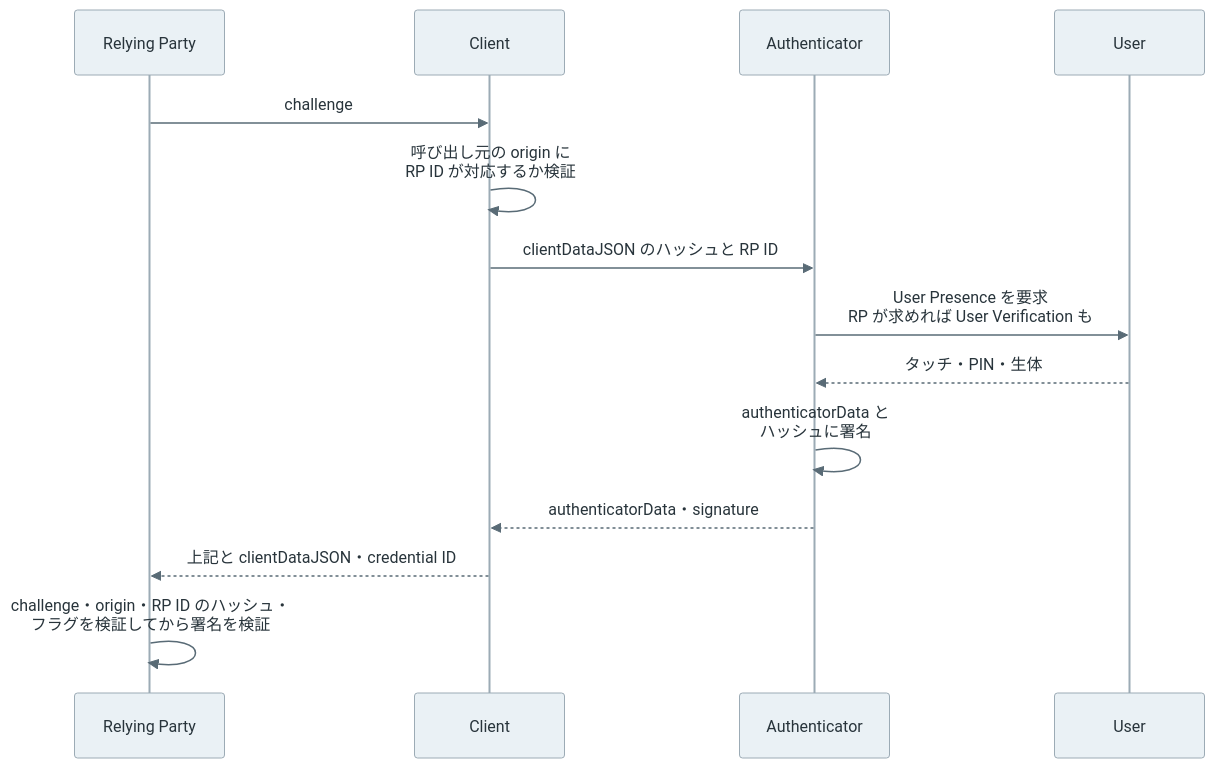
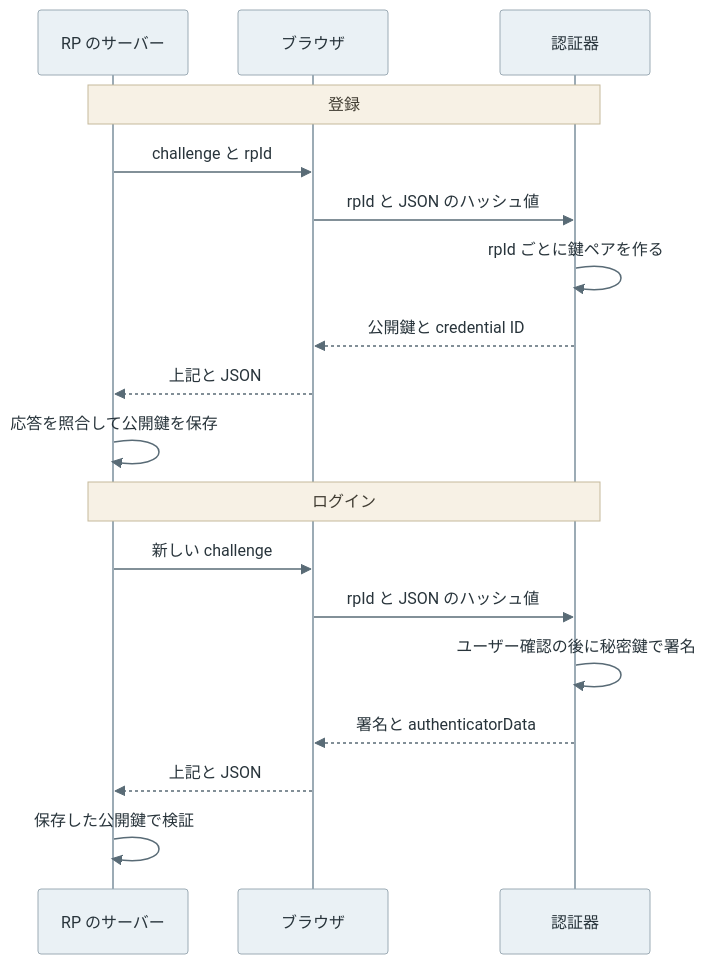
One commit to nao1215/debimate changed the diagram in content/notes/security/passkey/index.md. Above: the diagram before and after it, drawn with Mermaid. The commit also changed other lines of this file and 17 other files, not shown here.

````diff
--- a/content/notes/security/passkey/index.md
+++ b/content/notes/security/passkey/index.md
@@ -141,17 +48,21 @@
 ```mermaid
 %%{init: {"theme":"base","themeVariables":{"primaryColor":"#eaf1f5","primaryTextColor":"#28343b","primaryBorderColor":"#9cabb5","lineColor":"#596b76","textColor":"#28343b","actorBkg":"#eaf1f5","actorBorder":"#9cabb5","actorTextColor":"#28343b","actorLineColor":"#9cabb5","signalColor":"#596b76","signalTextColor":"#28343b","noteBkgColor":"#f7f1e5","noteBorderColor":"#c5b99b","noteTextColor":"#403c32","activationBkgColor":"#edf3ef","activationBorderColor":"#9aafa1"}}}%%
 sequenceDiagram
-    participant S as Relying Party
-    participant B as Client
-    participant A as Authenticator
-    participant U as User
-    S->>B: challenge
-    B->>B: 呼び出し元の origin に<br/>RP ID が対応するか検証
-    B->>A: clientDataJSON のハッシュと RP ID
-    A->>U: User Presence を要求<br/>RP が求めれば User Verification も
-    U-->>A: タッチ・PIN・生体
-    A->>A: authenticatorData と<br/>ハッシュに署名
-    A-->>B: authenticatorData・signature
-    B-->>S: 上記と clientDataJSON・credential ID
-    S->>S: challenge・origin・RP ID のハッシュ・<br/>フラグを検証してから署名を検証
+    participant S as RP のサーバー
+    participant B as ブラウザ
+    participant A as 認証器
+    Note over S,A: 登録
+    S->>B: challenge と rpId
+    B->>A: rpId と JSON のハッシュ値
+    A->>A: rpId ごとに鍵ペアを作る
+    A-->>B: 公開鍵と credential ID
+    B-->>S: 上記と JSON
+    S->>S: 応答を照合して公開鍵を保存
+    Note over S,A: ログイン
+    S->>B: 新しい challenge
+    B->>A: rpId と JSON のハッシュ値
+    A->>A: ユーザー確認の後に秘密鍵で署名
+    A-->>B: 署名と authenticatorData
+    B-->>S: 上記と JSON
+    S->>S: 保存した公開鍵で検証
 ```
````
